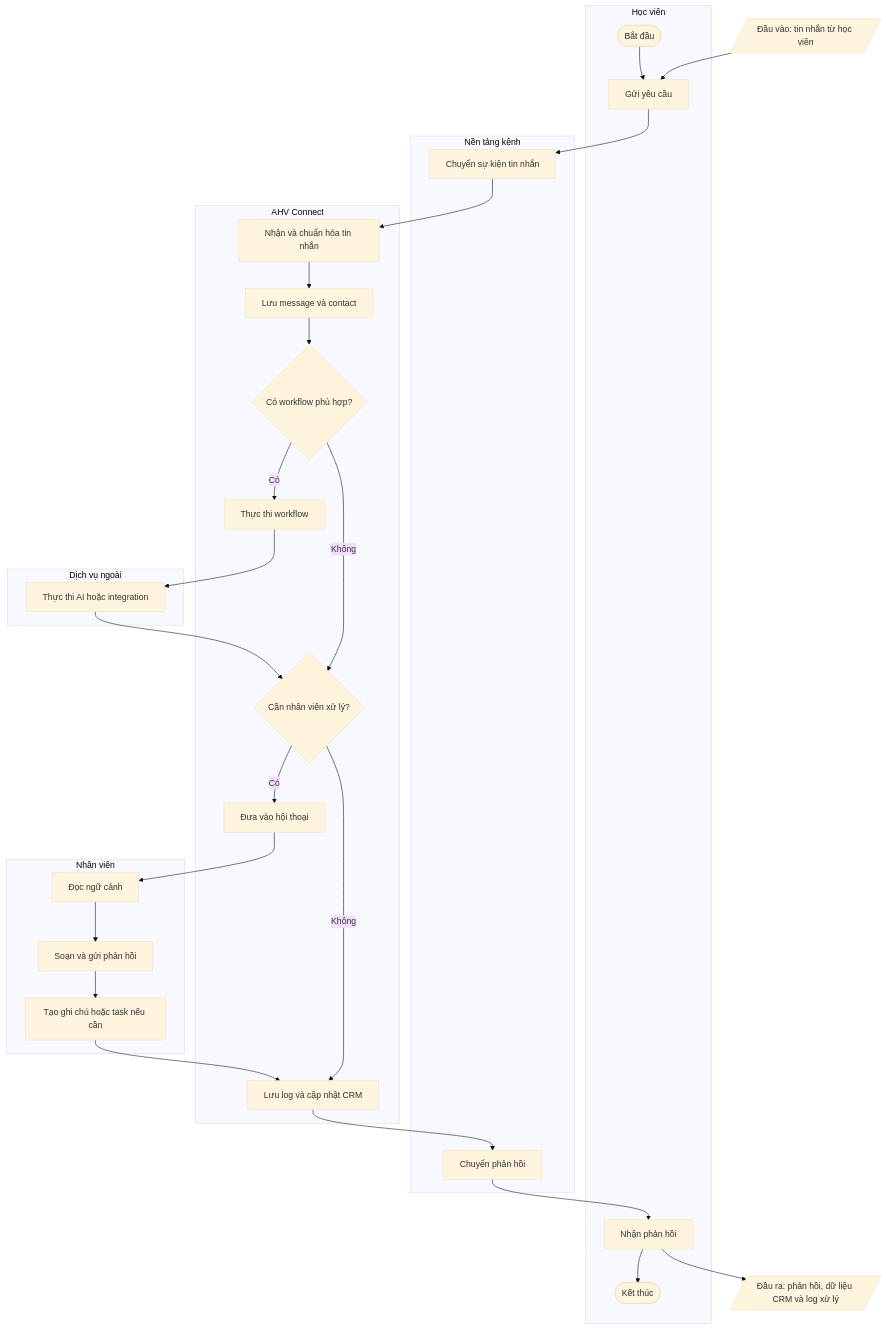
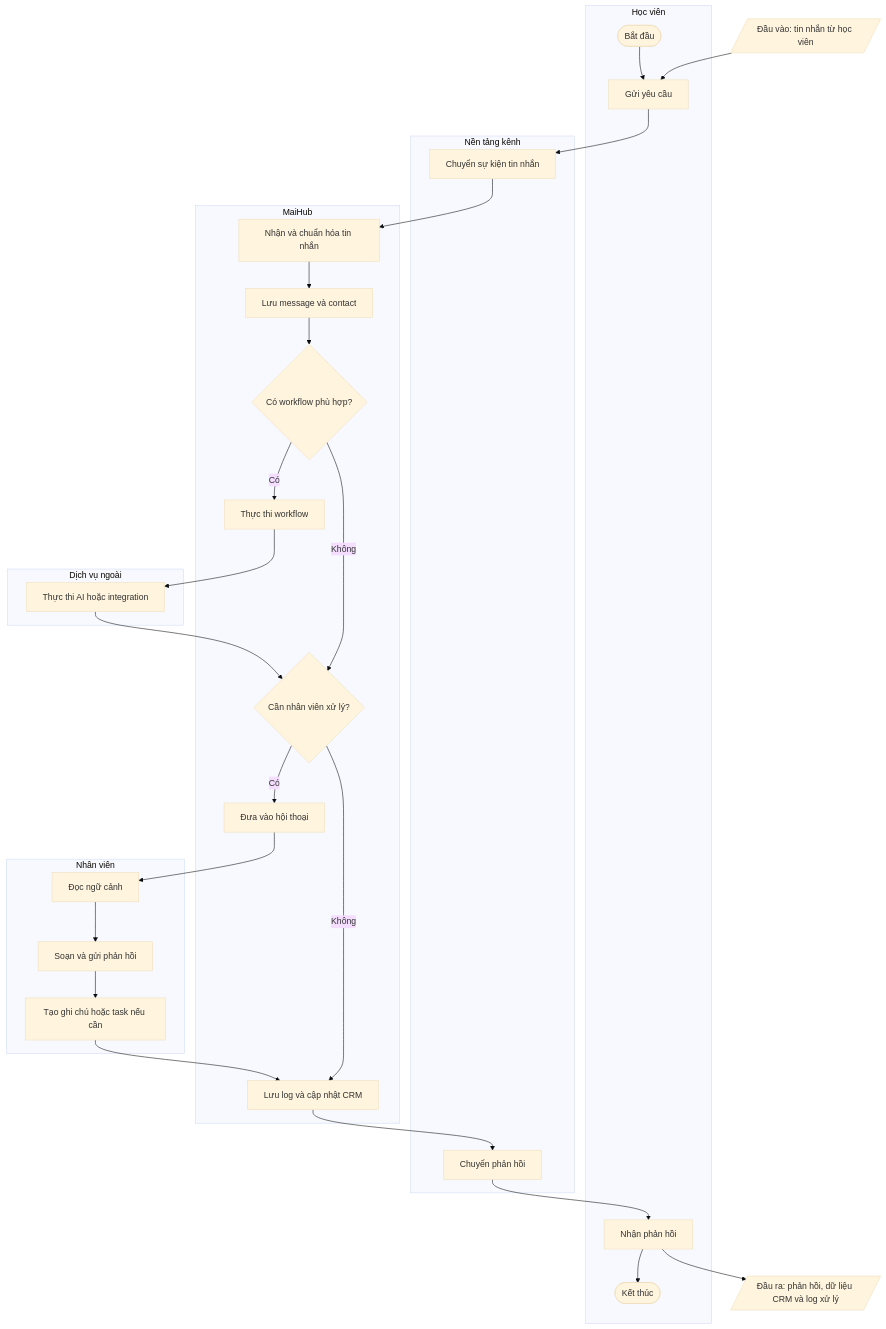
The fourth of 11 diagrams in SYSTEM_DOCUMENTATION.md (maiychrus25/automation-marketing), drawn with Mermaid (base theme) before and after one commit. The commit also changed other lines of this file and 2 other files, not shown here.

Commit message:
docs(brand): MaiHub documentation and upgrade notes

````diff
--- a/SYSTEM_DOCUMENTATION.md
+++ b/SYSTEM_DOCUMENTATION.md
@@ -305,43 +305,43 @@
 ```mermaid
 flowchart TB
     IN[/Đầu vào: tin nhắn từ học viên/]
     OUT[/Đầu ra: phản hồi, dữ liệu CRM và log xử lý/]
 
     subgraph L1[Học viên]
       A([Bắt đầu]) --> B[Gửi yêu cầu]
       Z[Nhận phản hồi] --> ZZ([Kết thúc])
     end
 
     subgraph L2[Nền tảng kênh]
       C[Chuyển sự kiện tin nhắn]
       Y[Chuyển phản hồi]
     end
 
-    subgraph L3[AHV Connect]
+    subgraph L3[MaiHub]
       D[Nhận và chuẩn hóa tin nhắn]
       E[Lưu message và contact]
       F{Có workflow phù hợp?}
       G[Thực thi workflow]
       H{Cần nhân viên xử lý?}
       I[Đưa vào hội thoại]
       J[Lưu log và cập nhật CRM]
     end
 
     subgraph L4[Nhân viên]
       K[Đọc ngữ cảnh]
       L[Soạn và gửi phản hồi]
       M[Tạo ghi chú hoặc task nếu cần]
     end
 
     subgraph L5[Dịch vụ ngoài]
       N[Thực thi AI hoặc integration]
     end
 
     IN --> B
     B --> C --> D --> E --> F
     F -- Có --> G --> N --> H
     F -- Không --> H
     H -- Có --> I --> K --> L --> M --> J
     H -- Không --> J
     J --> Y --> Z --> OUT
 ```
````
